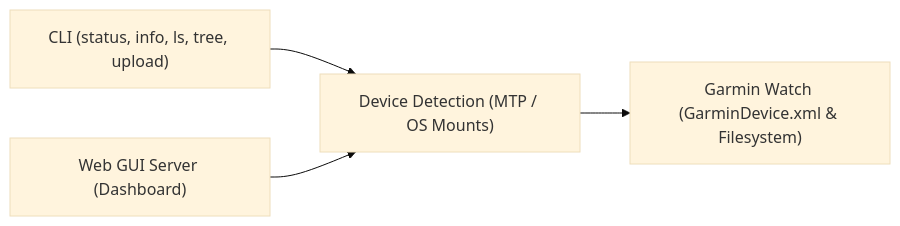
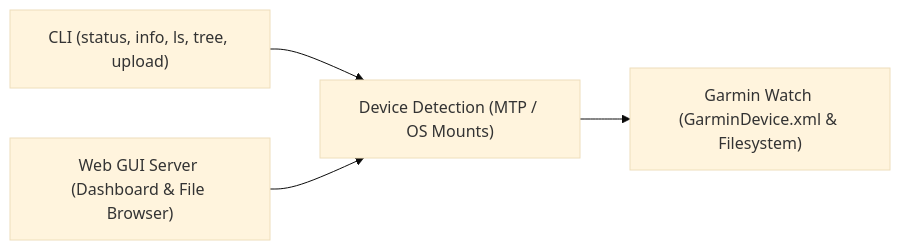
One commit to jvanheerikhuize/garmin-connector changed the diagram in specs/constitution.md. Above: the diagram before and after it, drawn with Mermaid (base theme). The commit also changed other lines of this file and 3 other files, not shown here.

Commit message:
feat(gui): implement web column view file browser spec

````diff
--- a/specs/constitution.md
+++ b/specs/constitution.md
@@ -66,6 +67,6 @@
 ```mermaid
 flowchart LR
     CLI["CLI (status, info, ls, tree, upload)"] --> Detector["Device Detection (MTP / OS Mounts)"]
-    Web["Web GUI Server (Dashboard)"] --> Detector
+    Web["Web GUI Server (Dashboard & File Browser)"] --> Detector
     Detector --> Watch["Garmin Watch (GarminDevice.xml & Filesystem)"]
 ```
````
